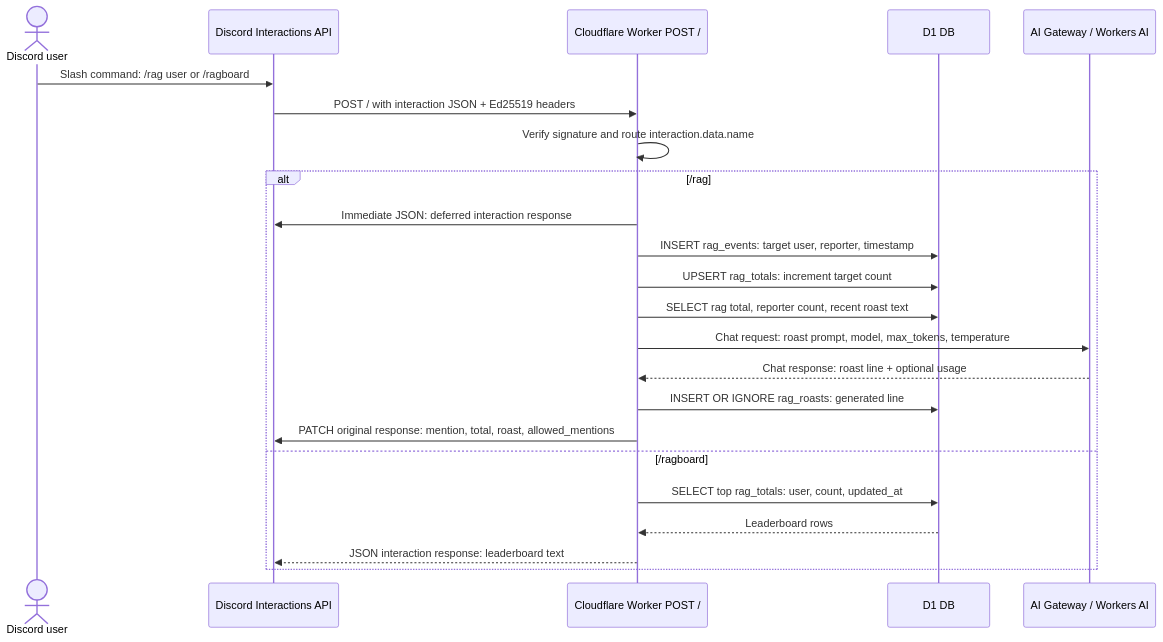
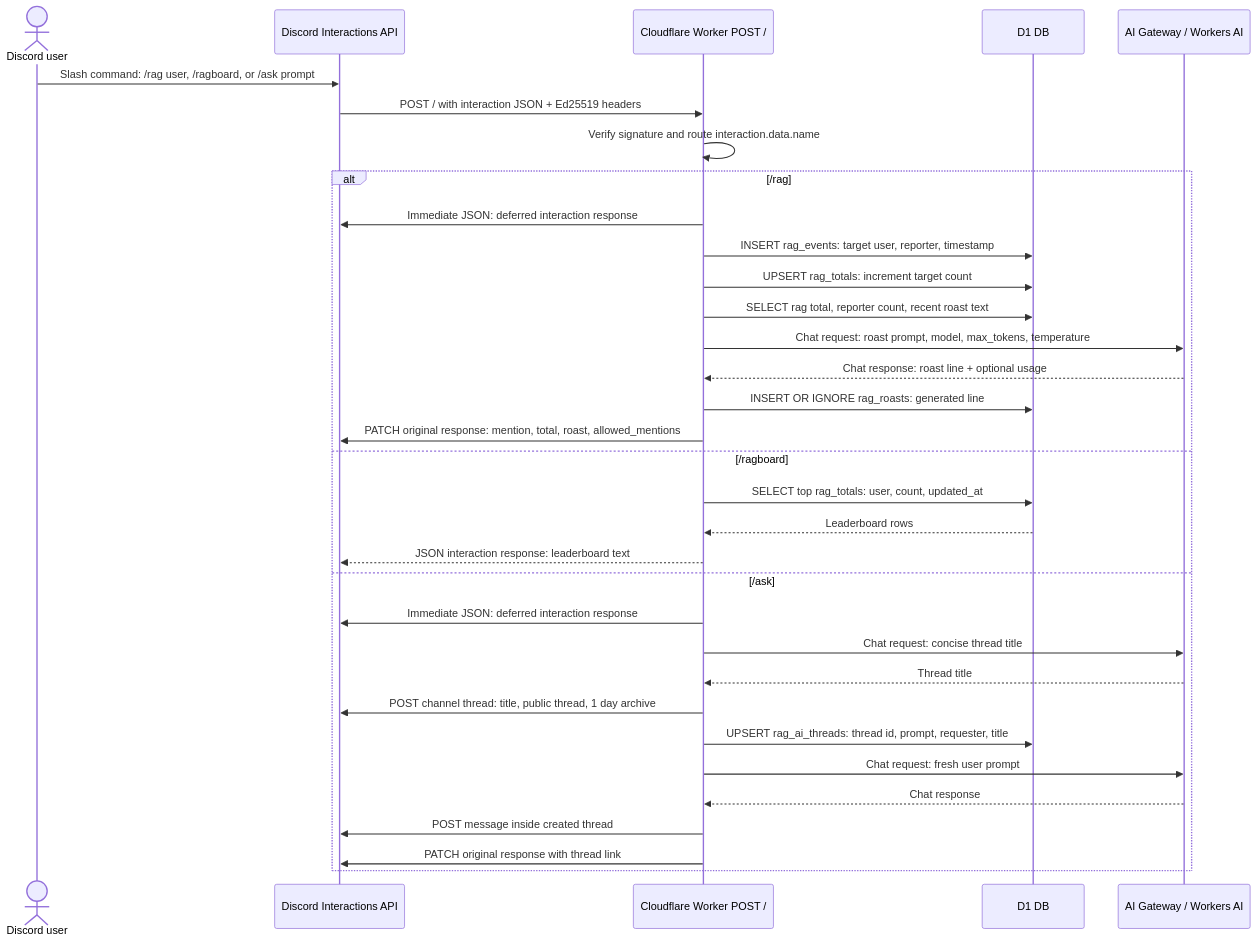
Before and after one commit to jackm43/rag: the second of 3 diagrams in README.md, drawn with Mermaid. The commit also changed other lines of this file and 13 other files, not shown here.

````diff
--- a/README.md
+++ b/README.md
@@ -52,27 +53,37 @@
 ```mermaid
 sequenceDiagram
   actor User as Discord user
   participant Discord as Discord Interactions API
   participant Worker as Cloudflare Worker POST /
   participant DB as D1 DB
   participant AI as AI Gateway / Workers AI
 
-  User->>Discord: Slash command: /rag user or /ragboard
+  User->>Discord: Slash command: /rag user, /ragboard, or /ask prompt
   Discord->>Worker: POST / with interaction JSON + Ed25519 headers
   Worker->>Worker: Verify signature and route interaction.data.name
 
   alt /rag
     Worker->>Discord: Immediate JSON: deferred interaction response
     Worker->>DB: INSERT rag_events: target user, reporter, timestamp
     Worker->>DB: UPSERT rag_totals: increment target count
     Worker->>DB: SELECT rag total, reporter count, recent roast text
     Worker->>AI: Chat request: roast prompt, model, max_tokens, temperature
     AI-->>Worker: Chat response: roast line + optional usage
     Worker->>DB: INSERT OR IGNORE rag_roasts: generated line
     Worker->>Discord: PATCH original response: mention, total, roast, allowed_mentions
   else /ragboard
     Worker->>DB: SELECT top rag_totals: user, count, updated_at
     DB-->>Worker: Leaderboard rows
     Worker-->>Discord: JSON interaction response: leaderboard text
+  else /ask
+    Worker->>Discord: Immediate JSON: deferred interaction response
+    Worker->>AI: Chat request: concise thread title
+    AI-->>Worker: Thread title
+    Worker->>Discord: POST channel thread: title, public thread, 1 day archive
+    Worker->>DB: UPSERT rag_ai_threads: thread id, prompt, requester, title
+    Worker->>AI: Chat request: fresh user prompt
+    AI-->>Worker: Chat response
+    Worker->>Discord: POST message inside created thread
+    Worker->>Discord: PATCH original response with thread link
   end
 ```
````
